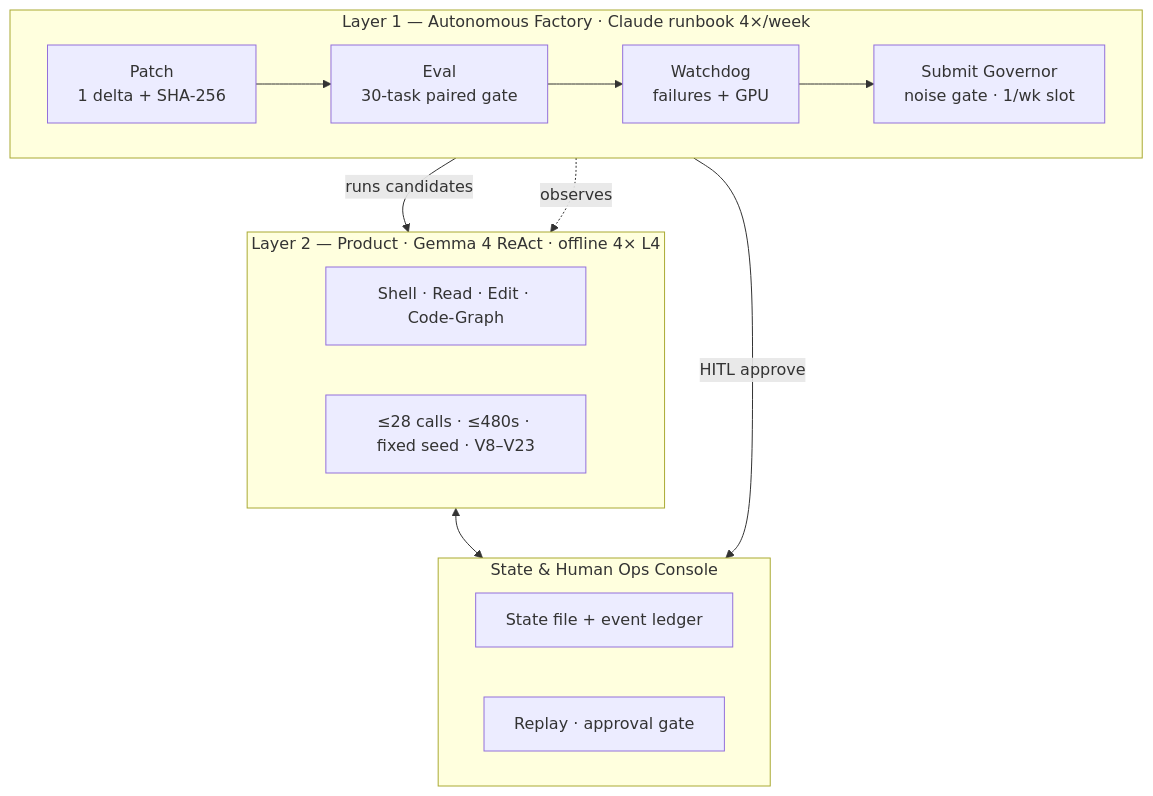
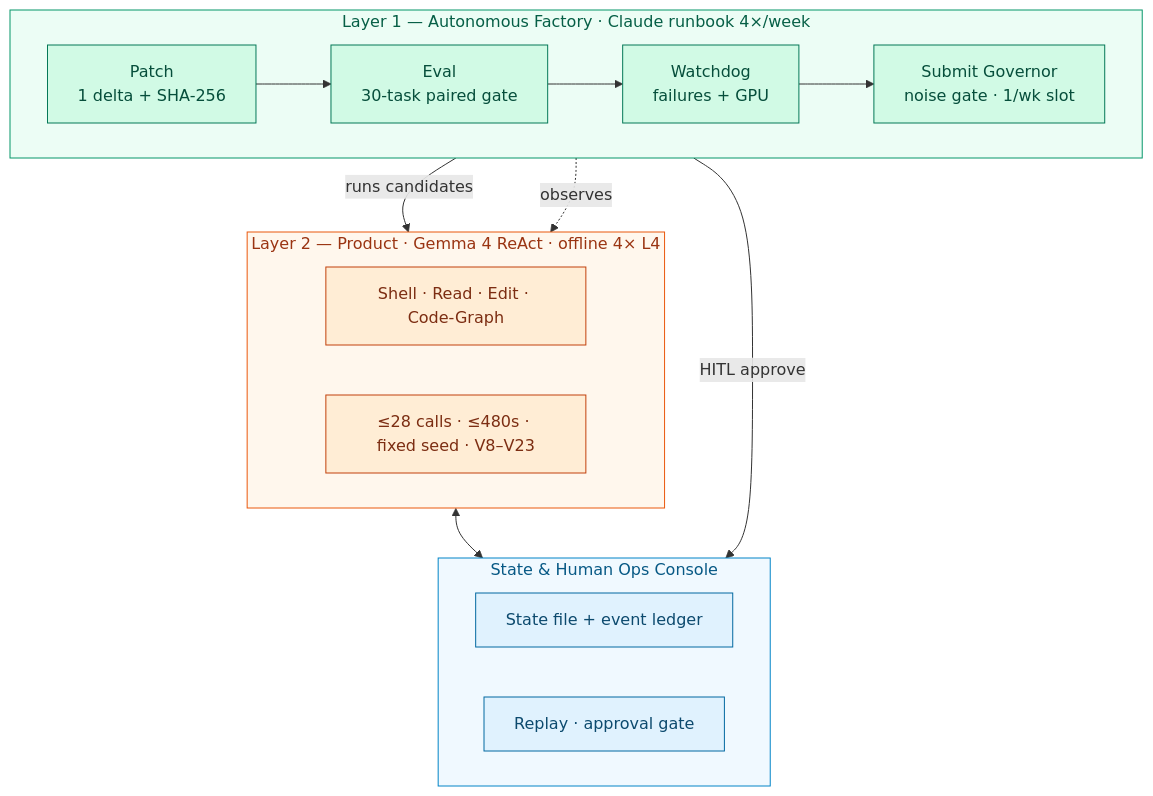
The diagram in README.md (khaosans/noisegate-gemma4-factory), drawn with Mermaid before and after one commit. The commit also changed other lines of this file and 7 other files, not shown here.

First line of the commit message:
release: v1.0.0-beta.1 + Mermaid color legends

````diff
--- a/README.md
+++ b/README.md
@@ -25,24 +28,34 @@
 ```mermaid
 flowchart TB
   subgraph L1["Layer 1 — Autonomous Factory · Claude runbook 4×/week"]
     direction LR
     P[Patch<br/>1 delta + SHA-256] --> E[Eval<br/>30-task paired gate]
     E --> W[Watchdog<br/>failures + GPU]
     W --> G[Submit Governor<br/>noise gate · 1/wk slot]
   end
 
   subgraph L2["Layer 2 — Product · Gemma 4 ReAct · offline 4× L4"]
     T[Shell · Read · Edit · Code-Graph]
     C["≤28 calls · ≤480s · fixed seed · V8–V23"]
   end
 
   subgraph Ops["State & Human Ops Console"]
     S[State file + event ledger]
     H[Replay · approval gate]
   end
 
   E -->|runs candidates| L2
   W -.->|observes| L2
   G -->|HITL approve| Ops
   L2 <--> Ops
+
+  classDef factory fill:#D1FAE5,stroke:#047857,color:#064E3B
+  classDef product fill:#FFEDD5,stroke:#C2410C,color:#7C2D12
+  classDef ops fill:#E0F2FE,stroke:#0369A1,color:#0C4A6E
+  class P,E,W,G factory
+  class T,C product
+  class S,H ops
+  style L1 fill:#ECFDF5,stroke:#059669,color:#065F46
+  style L2 fill:#FFF7ED,stroke:#EA580C,color:#9A3412
+  style Ops fill:#F0F9FF,stroke:#0284C7,color:#075985
 ```
````
